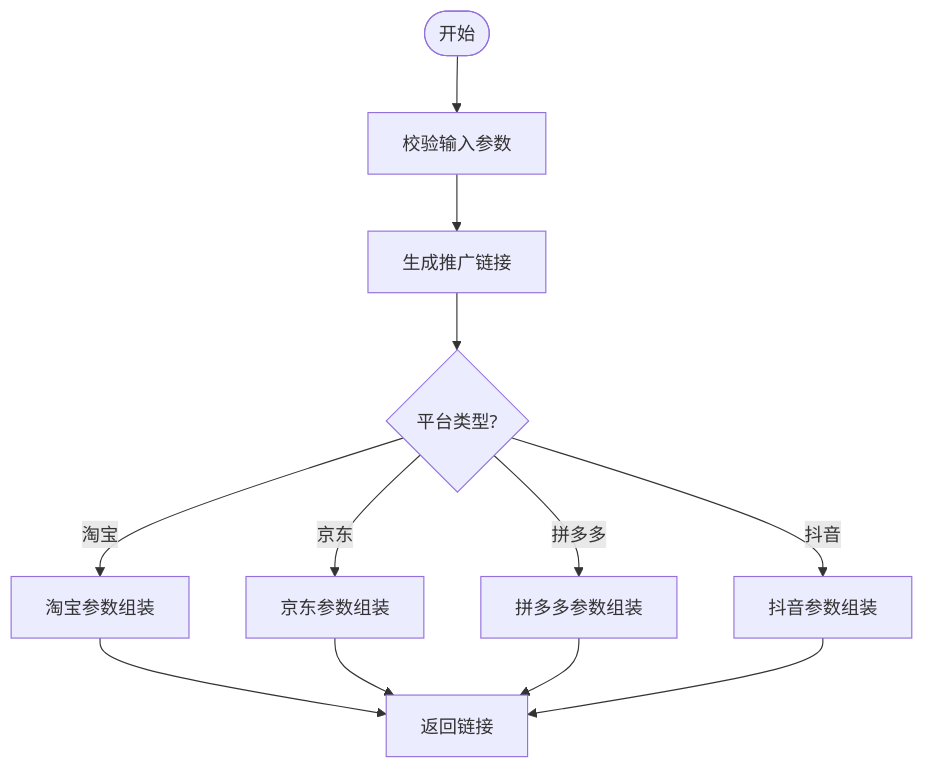
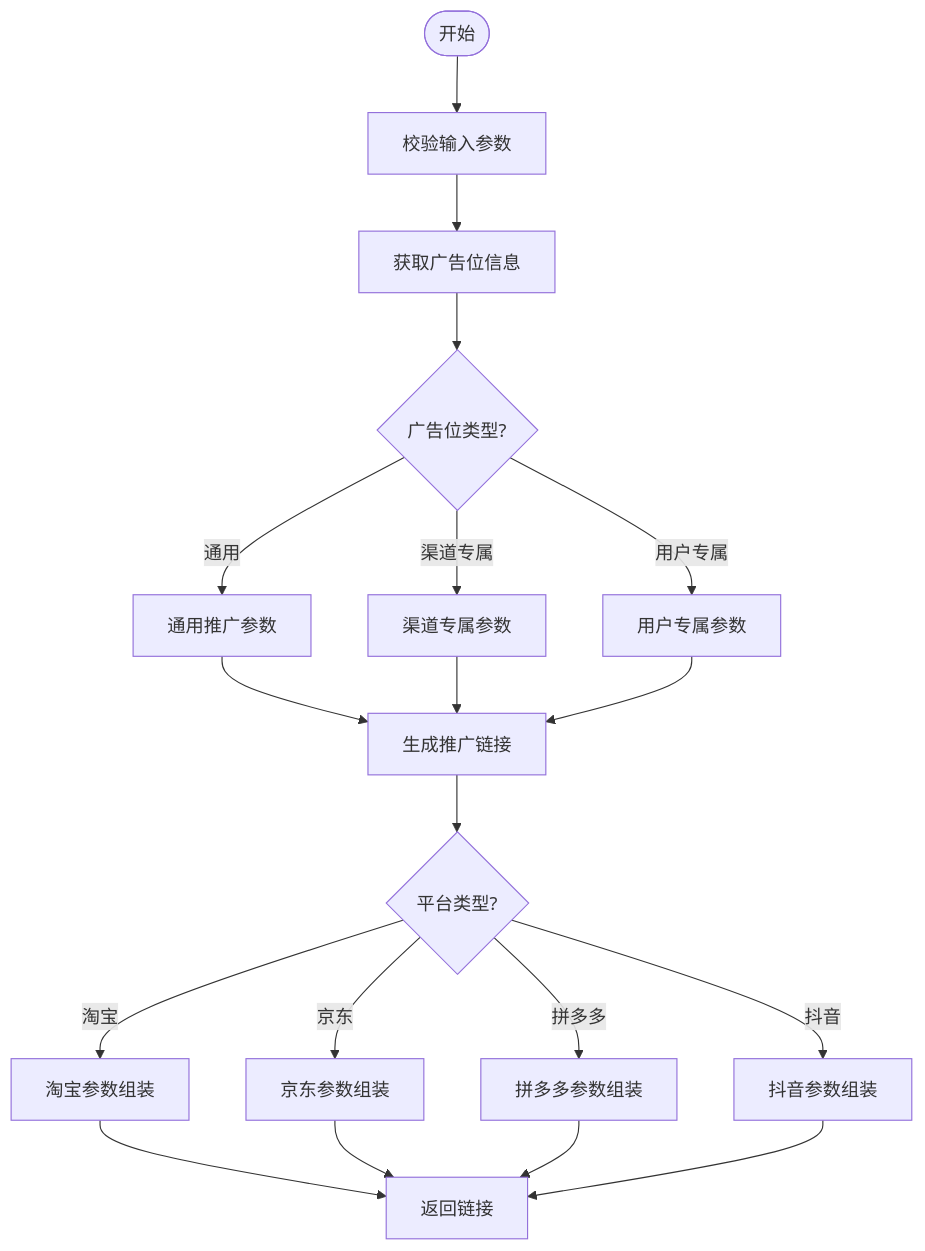
The fifth of 13 diagrams in .qoder/repowiki/zh/content/架构设计/模块设计/业务模块/CPS联盟返利模块.md (zhuangpengLI/AgenticCPS), drawn with Mermaid before and after one commit. The commit also changed other lines of this file and 5 other files, not shown here.

````diff
--- a/.qoder/repowiki/zh/content/架构设计/模块设计/业务模块/CPS联盟返利模块.md
+++ b/.qoder/repowiki/zh/content/架构设计/模块设计/业务模块/CPS联盟返利模块.md
@@ -201,14 +236,21 @@
 ```mermaid
 flowchart TD
 Start(["开始"]) --> Validate["校验输入参数"]
-Validate --> GenLink["生成推广链接"]
+Validate --> GetAdzone["获取广告位信息"]
+GetAdzone --> TypeCheck{"广告位类型?"}
+TypeCheck --> |通用| General["通用推广参数"]
+TypeCheck --> |渠道专属| Channel["渠道专属参数"]
+TypeCheck --> |用户专属| Member["用户专属参数"]
+General --> GenLink["生成推广链接"]
+Channel --> GenLink
+Member --> GenLink
 GenLink --> PlatformCheck{"平台类型?"}
 PlatformCheck --> |淘宝| Taobao["淘宝参数组装"]
 PlatformCheck --> |京东| Jingdong["京东参数组装"]
 PlatformCheck --> |拼多多| Pinduoduo["拼多多参数组装"]
 PlatformCheck --> |抖音| Douyin["抖音参数组装"]
 Taobao --> Return["返回链接"]
 Jingdong --> Return
 Pinduoduo --> Return
 Douyin --> Return
 ```
````
